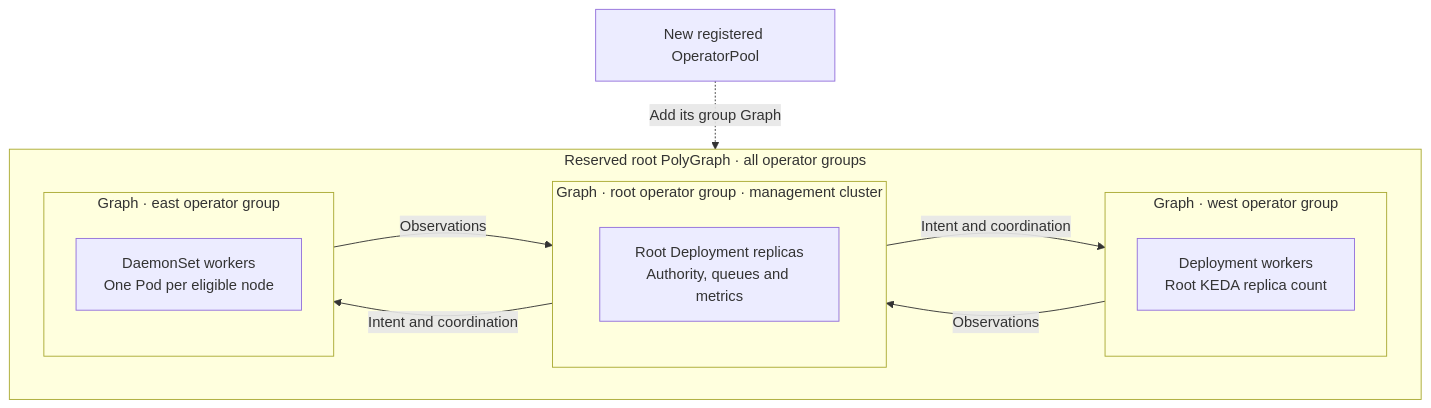
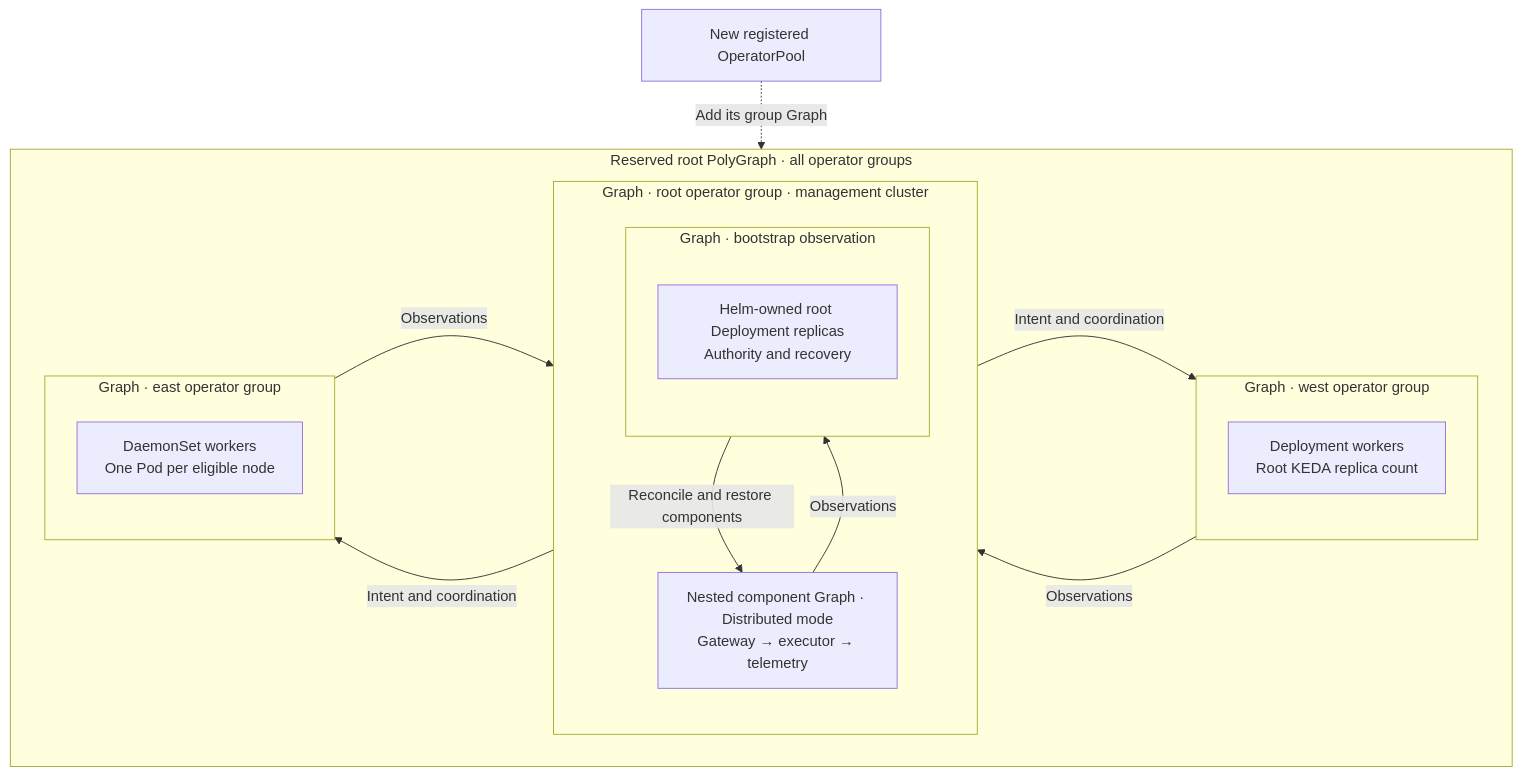
One commit to astrivant/polyad changed the third of 4 diagrams in docs/deployment/root-control-plane.md. Above: the diagram before and after it, drawn with Mermaid. The commit also changed other lines of this file and 4 other files, not shown here.

Commit message:
Reorganize the root graph to contain all services relating to the operator

````diff
--- a/docs/deployment/root-control-plane.md
+++ b/docs/deployment/root-control-plane.md
@@ -406,19 +408,24 @@
 ```mermaid
 flowchart TB
     subgraph hierarchy["Reserved root PolyGraph · all operator groups"]
         subgraph management["Graph · root operator group · management cluster"]
-            root["Root Deployment replicas<br/>Authority, queues and metrics"]
+            subgraph bootstrap["Graph · bootstrap observation"]
+                root["Helm-owned root Deployment replicas<br/>Authority and recovery"]
+            end
+            components["Nested component Graph · Distributed mode<br/>Gateway → executor → telemetry"]
+            bootstrap -->|"Reconcile and restore components"| components
+            components -->|"Observations"| bootstrap
         end
         subgraph west["Graph · west operator group"]
             deployment["Deployment workers<br/>Root KEDA replica count"]
         end
         subgraph east["Graph · east operator group"]
             daemonset["DaemonSet workers<br/>One Pod per eligible node"]
         end
         management -->|"Intent and coordination"| west
         west -->|"Observations"| management
         management -->|"Intent and coordination"| east
         east -->|"Observations"| management
     end
     pool["New registered OperatorPool"] -. "Add its group Graph" .-> hierarchy
 ```
````
